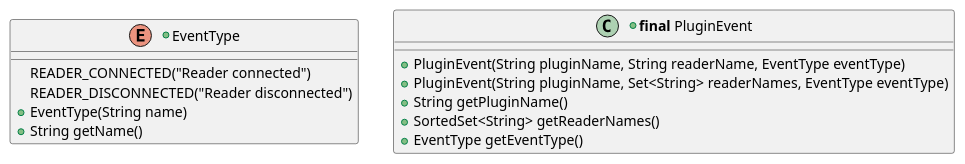
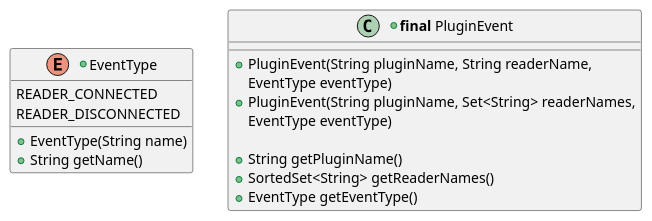
Diagram 24 of 42 in src/KeypleCoreApi/ApplicationApi/puml/KeypleCore-ApplicationApi-ClassDiag-SE_Proxy-ClassElements.iuml (calypsonet/keyple), drawn with PlantUML before and after one commit. The commit also changed other lines of this file and 36 other files, not shown here.

```diff
--- a/src/KeypleCoreApi/ApplicationApi/puml/KeypleCore-ApplicationApi-ClassDiag-SE_Proxy-ClassElements.iuml
+++ b/src/KeypleCoreApi/ApplicationApi/puml/KeypleCore-ApplicationApi-ClassDiag-SE_Proxy-ClassElements.iuml
@@ -250,16 +262,19 @@
 @startuml(id=SEPROXY_EVENTPLUGIN)
 +enum "EventType" as EventType_Plugin {
-  READER_CONNECTED("Reader connected")
-  READER_DISCONNECTED("Reader disconnected")
+  READER_CONNECTED
+  READER_DISCONNECTED
   +EventType(String name)
   +String getName()
 }
 
 +class "<b>final</b> PluginEvent" as PluginEvent {
-  +PluginEvent(String pluginName, String readerName, EventType eventType)
-  +PluginEvent(String pluginName, Set<String> readerNames, EventType eventType)
+  +PluginEvent(String pluginName, String readerName,
+    EventType eventType)
+  +PluginEvent(String pluginName, Set<String> readerNames,
+    EventType eventType)
+
   +String getPluginName()
   +SortedSet<String> getReaderNames()
   +EventType getEventType()
 }
 @enduml
```
